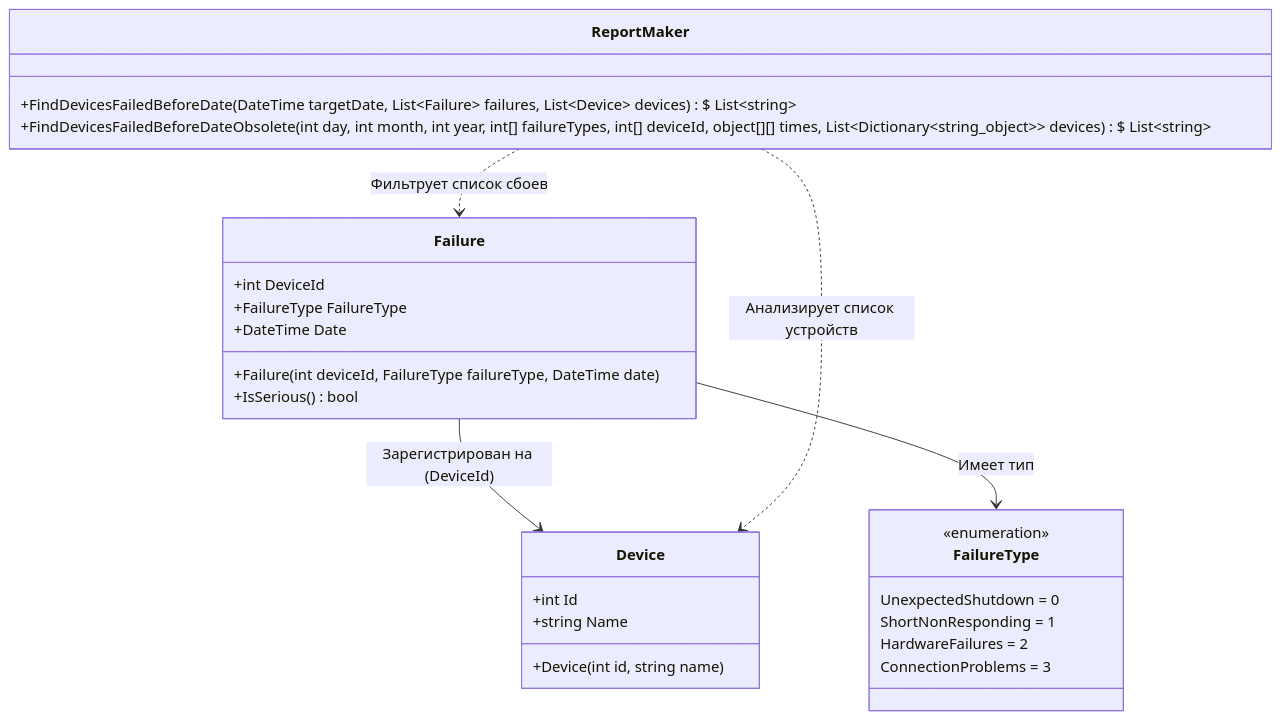
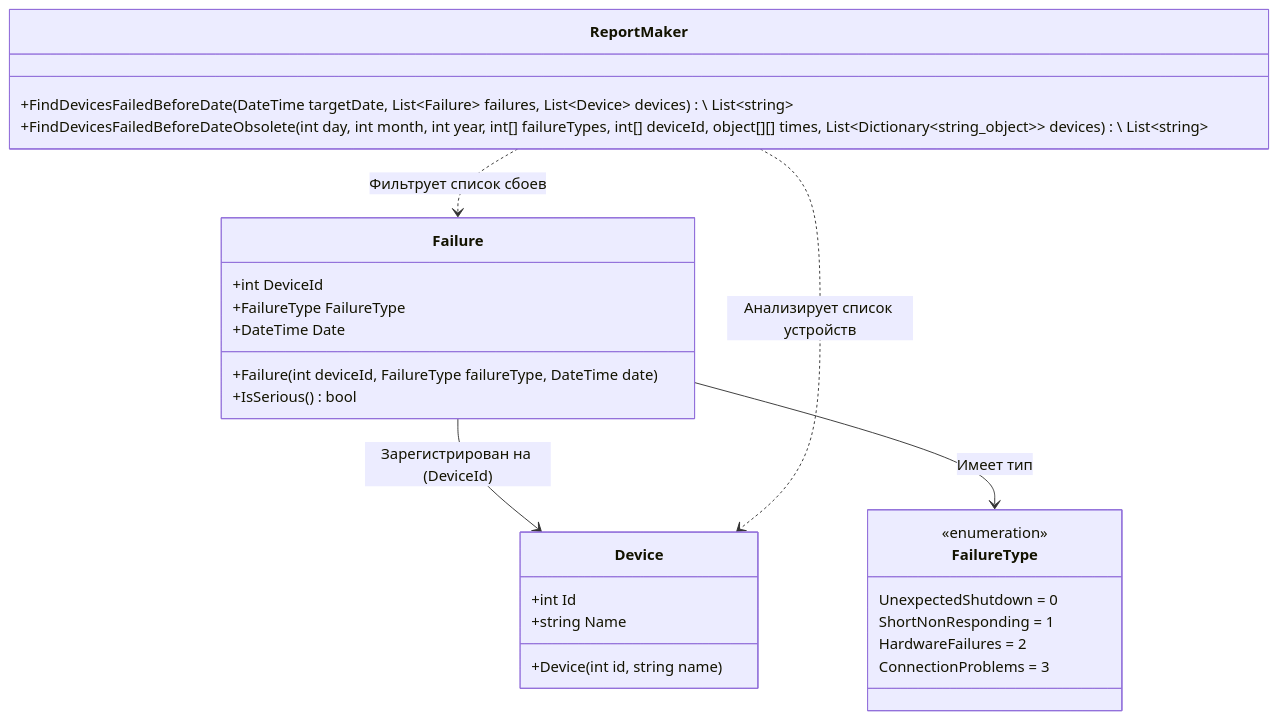
The diagram in sboi.md (NingerangorOid/Praktika_2026), drawn with Mermaid before and after one commit.

Commit message:
sboi.md final

````diff
--- a/sboi.md
+++ b/sboi.md
@@ -1,39 +1,39 @@
 ```mermaid
 classDiagram
     %% Определение перечисления
     class FailureType {
         <<enumeration>>
         UnexpectedShutdown = 0
         ShortNonResponding = 1
         HardwareFailures = 2
         ConnectionProblems = 3
     }
 
     %% Определение классов
     class Device {
         +int Id
         +string Name
         +Device(int id, string name)
     }
 
     class Failure {
         +int DeviceId
         +FailureType FailureType
         +DateTime Date
         +Failure(int deviceId, FailureType failureType, DateTime date)
         +IsSerious() bool
     }
 
     class ReportMaker {
-        +FindDevicesFailedBeforeDate(DateTime targetDate, List~Failure~ failures, List~Device~ devices)\$ List~string~
-        +FindDevicesFailedBeforeDateObsolete(int day, int month, int year, int[] failureTypes, int[] deviceId, object[][] times, List~Dictionary~string_object~~ devices)\$ List~string~
+        +FindDevicesFailedBeforeDate(DateTime targetDate, List~Failure~ failures, List~Device~ devices)\ List~string~
+        +FindDevicesFailedBeforeDateObsolete(int day, int month, int year, int[] failureTypes, int[] deviceId, object[][] times, List~Dictionary~string_object~~ devices)\ List~string~
     }
 
     %% Определение связей и структурных отношений
     Failure --> FailureType : Имеет тип
     Failure --> Device : Зарегистрирован на (DeviceId)
     
     %% Зависимости логики (генератор отчетов обрабатывает списки этих сущностей)
     ReportMaker ..> Device : Анализирует список устройств
     ReportMaker ..> Failure : Фильтрует список сбоев
 ```
````
